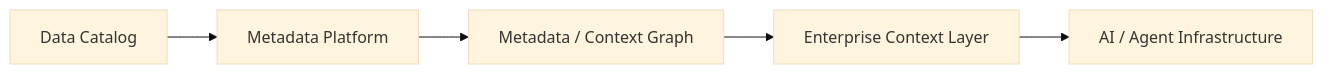
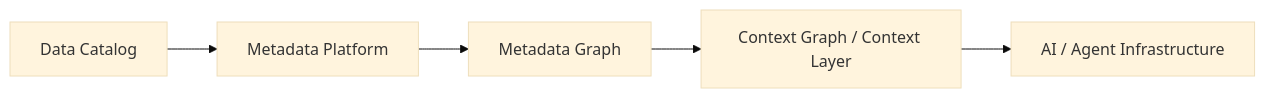
One commit to XiaoWeiKIN/datahub-research changed the second of 2 diagrams in README.md. Above: the diagram before and after it, drawn with Mermaid (base theme). The commit also changed other lines of this file, not shown here.

Commit message:
docs: link first context layer research note

````diff
--- a/README.md
+++ b/README.md
@@ -97,10 +106,10 @@
 ```mermaid
 flowchart LR
     CATALOG[Data Catalog]
     META[Metadata Platform]
-    GRAPH[Metadata / Context Graph]
-    CONTEXT[Enterprise Context Layer]
+    GRAPH[Metadata Graph]
+    CONTEXT[Context Graph / Context Layer]
     AGENT[AI / Agent Infrastructure]
 
     CATALOG --> META --> GRAPH --> CONTEXT --> AGENT
 ```
````
